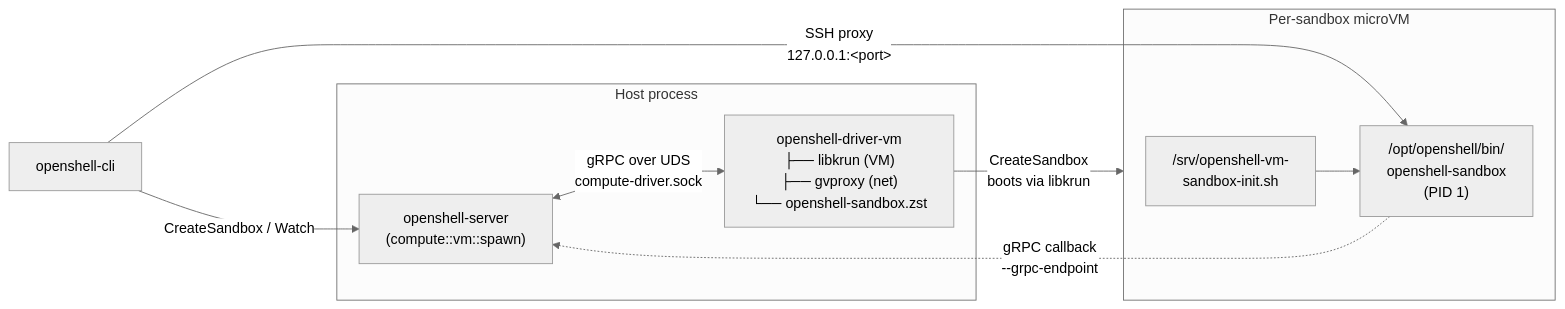
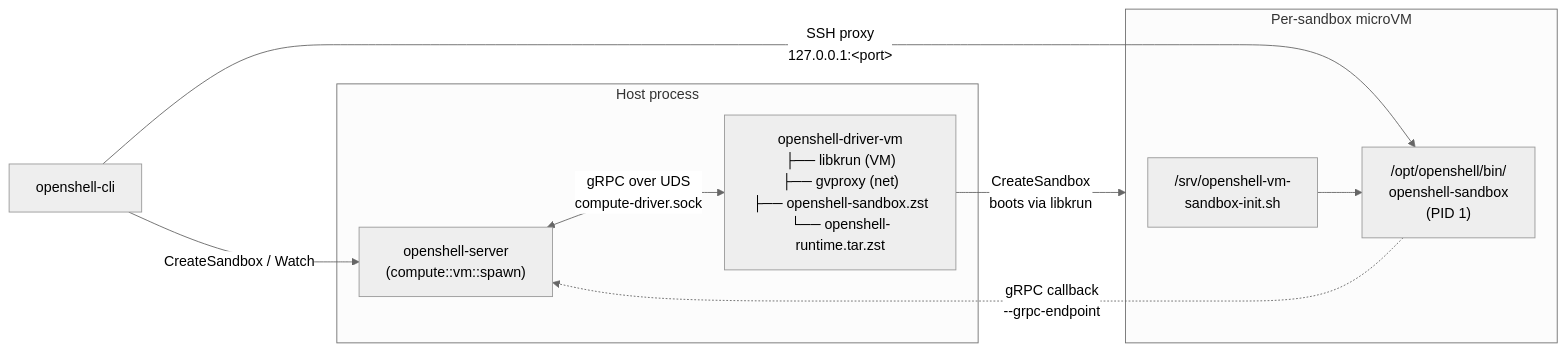
One commit to NVIDIA/OpenShell changed the diagram in crates/openshell-driver-vm/README.md. Above: the diagram before and after it, drawn with Mermaid (neutral theme). The commit also changed other lines of this file and 51 other files, not shown here.

````diff
--- a/crates/openshell-driver-vm/README.md
+++ b/crates/openshell-driver-vm/README.md
@@ -9,20 +9,20 @@
 ```mermaid
 flowchart LR
     subgraph host["Host process"]
         gateway["openshell-server<br/>(compute::vm::spawn)"]
-        driver["openshell-driver-vm<br/>├── libkrun (VM)<br/>├── gvproxy (net)<br/>└── openshell-sandbox.zst"]
+        driver["openshell-driver-vm<br/>├── libkrun (VM)<br/>├── gvproxy (net)<br/>├── openshell-sandbox.zst<br/>└── openshell-runtime.tar.zst"]
         gateway <-->|"gRPC over UDS<br/>compute-driver.sock"| driver
     end
 
     subgraph guest["Per-sandbox microVM"]
         init["/srv/openshell-vm-<br/>sandbox-init.sh"]
         supervisor["/opt/openshell/bin/<br/>openshell-sandbox<br/>(PID 1)"]
         init --> supervisor
     end
 
     driver -->|"CreateSandbox<br/>boots via libkrun"| guest
     supervisor -.->|"gRPC callback<br/>--grpc-endpoint"| gateway
 
     client["openshell-cli"] -->|"SSH proxy<br/>127.0.0.1:&lt;port&gt;"| supervisor
     client -->|"CreateSandbox / Watch"| gateway
 ```
````
